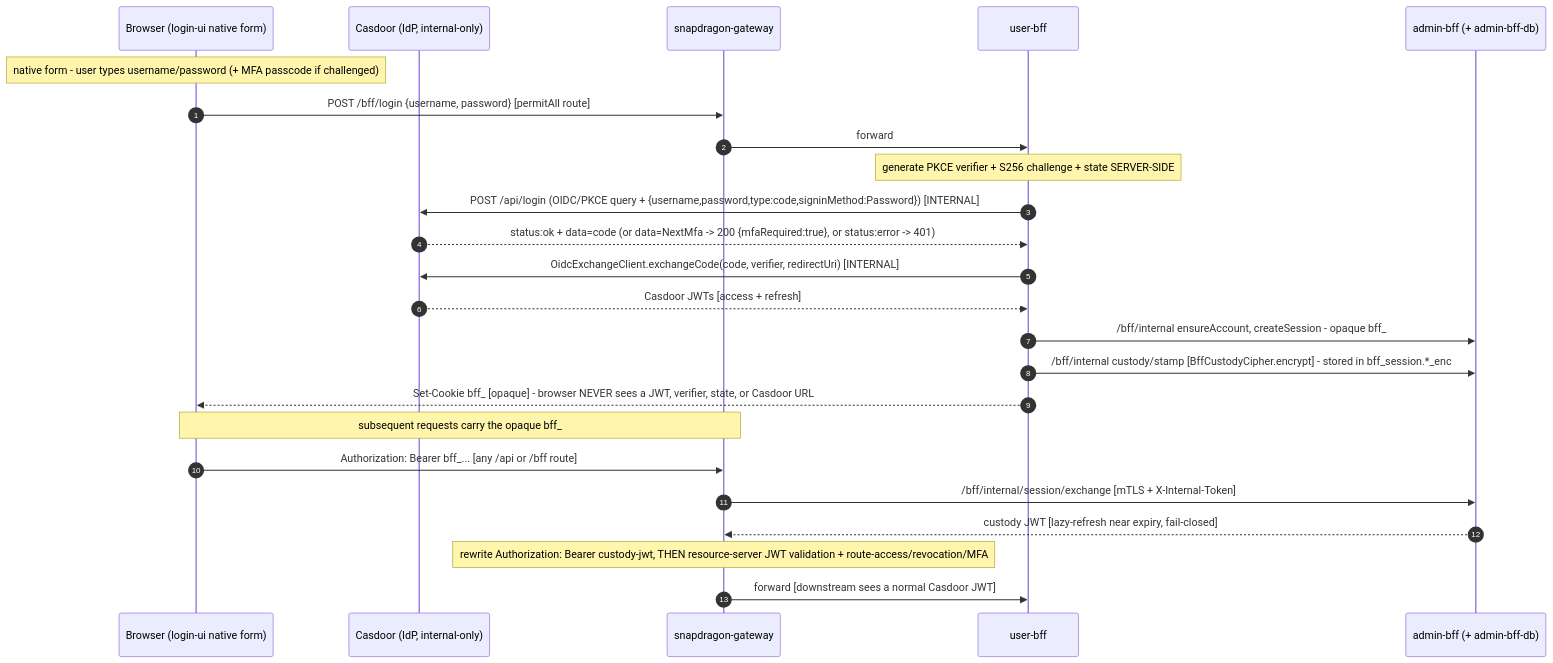
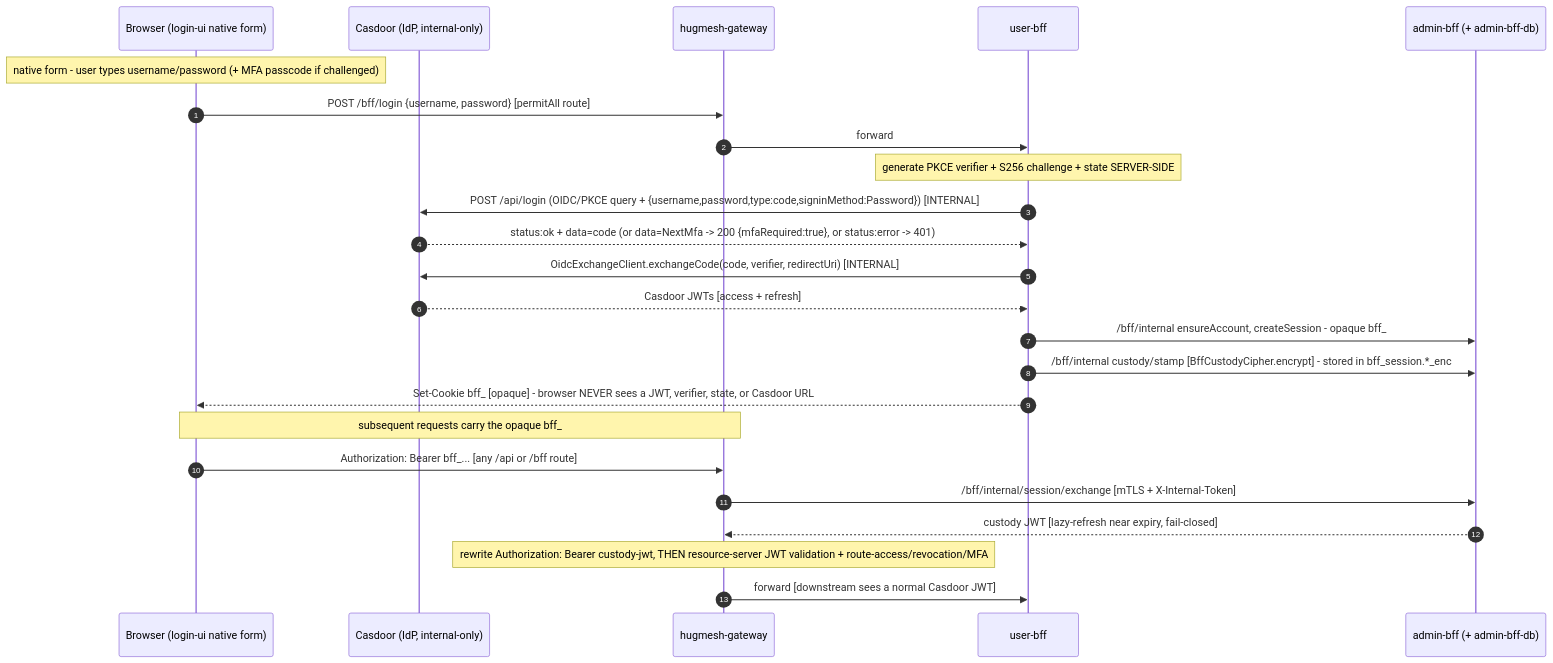
The second of 2 diagrams in docs/ARCHITECTURE.md (hugmesh/hugmesh-generator), drawn with Mermaid before and after one commit. The commit also changed other lines of this file and 2 other files, not shown here.

````diff
--- a/docs/ARCHITECTURE.md
+++ b/docs/ARCHITECTURE.md
@@ -187,26 +199,26 @@
 ```mermaid
 sequenceDiagram
     autonumber
     participant B as Browser (login-ui native form)
     participant C as Casdoor (IdP, internal-only)
-    participant GW as snapdragon-gateway
+    participant GW as hugmesh-gateway
     participant UB as user-bff
     participant AB as admin-bff (+ admin-bff-db)
     Note over B: native form - user types username/password (+ MFA passcode if challenged)
     B->>GW: POST /bff/login {username, password} [permitAll route]
     GW->>UB: forward
     Note over UB: generate PKCE verifier + S256 challenge + state SERVER-SIDE
     UB->>C: POST /api/login (OIDC/PKCE query + {username,password,type:code,signinMethod:Password}) [INTERNAL]
     C-->>UB: status:ok + data=code  (or data=NextMfa -> 200 {mfaRequired:true}, or status:error -> 401)
     UB->>C: OidcExchangeClient.exchangeCode(code, verifier, redirectUri) [INTERNAL]
     C-->>UB: Casdoor JWTs [access + refresh]
     UB->>AB: /bff/internal ensureAccount, createSession - opaque bff_
     UB->>AB: /bff/internal custody/stamp [BffCustodyCipher.encrypt] - stored in bff_session.*_enc
     UB-->>B: Set-Cookie bff_ [opaque] - browser NEVER sees a JWT, verifier, state, or Casdoor URL
     Note over B,GW: subsequent requests carry the opaque bff_
     B->>GW: Authorization: Bearer bff_... [any /api or /bff route]
     GW->>AB: /bff/internal/session/exchange [mTLS + X-Internal-Token]
     AB-->>GW: custody JWT [lazy-refresh near expiry, fail-closed]
     Note over GW: rewrite Authorization: Bearer custody-jwt, THEN resource-server JWT validation + route-access/revocation/MFA
     GW->>UB: forward [downstream sees a normal Casdoor JWT]
 ```
````
